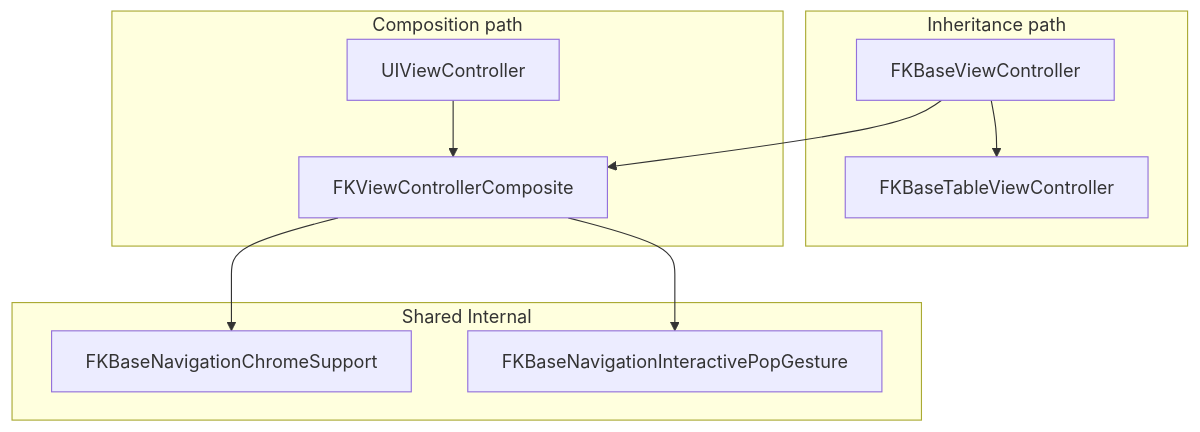
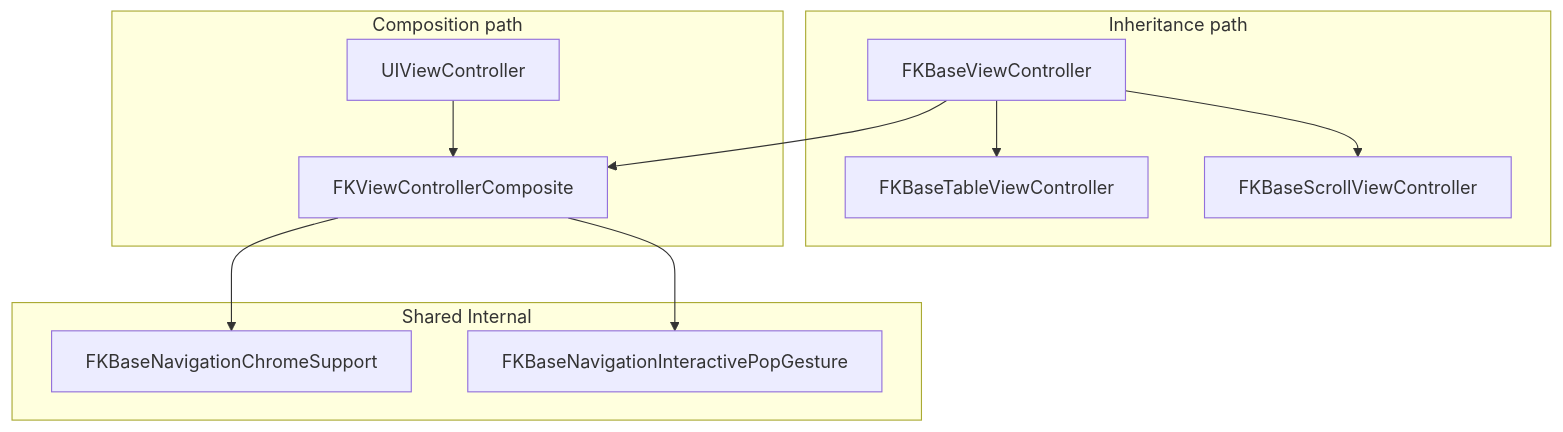
The diagram in Sources/FKBusinessKit/Components/Base/README.md (feng-zhang0712/FKBusinessKit), drawn with Mermaid before and after one commit. The commit also changed other lines of this file and 16 other files, not shown here.

First line of the commit message:
feat(base): add scroll controller and unify keyboard avoidance

````diff
--- a/Sources/FKBusinessKit/Components/Base/README.md
+++ b/Sources/FKBusinessKit/Components/Base/README.md
@@ -51,22 +53,23 @@
 ```mermaid
 flowchart TB
   subgraph inheritance [Inheritance path]
     BVC[FKBaseViewController]
     TBC[FKBaseTableViewController]
     BVC --> TBC
+    BVC --> SVC[FKBaseScrollViewController]
   end
 
   subgraph composition [Composition path]
     VC[UIViewController]
     COMP[FKViewControllerComposite]
     VC --> COMP
   end
 
   subgraph shared [Shared Internal]
     NAV[FKBaseNavigationChromeSupport]
     POP[FKBaseNavigationInteractivePopGesture]
     COMP --> NAV
     BVC --> COMP
     COMP --> POP
   end
 ```
````
